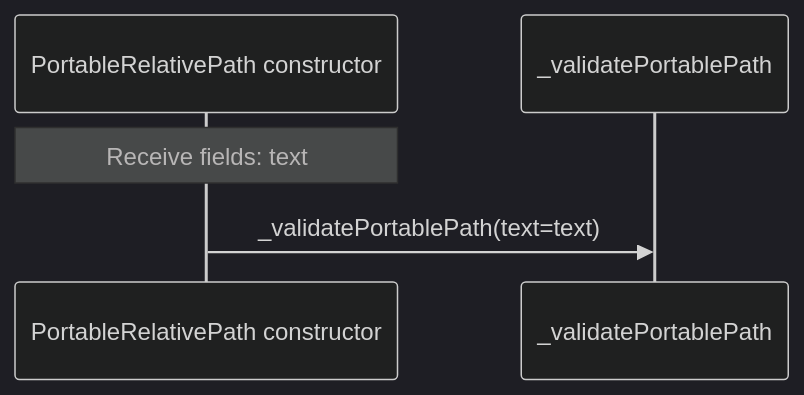
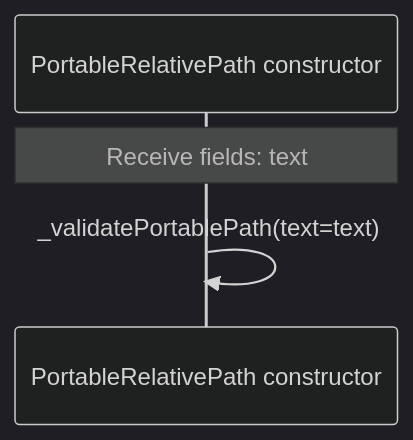
The second of 7 diagrams in src/stdlib/values/paths.aug.diagrams.md (GreenPandaStudios/augscript), drawn with Mermaid (dark theme) before and after one commit. The commit also changed other lines of this file and 304 other files, not shown here.

Commit message:
Make generated data-flow sequences concise and review every diagram

````diff
--- a/src/stdlib/values/paths.aug.diagrams.md
+++ b/src/stdlib/values/paths.aug.diagrams.md
@@ -58,7 +34,7 @@
 ```mermaid
 sequenceDiagram
     participant p0 as PortableRelativePath constructor
-    participant p1 as _validatePortablePath
+
     Note over p0: Receive fields: text
-    p0->>p1: _validatePortablePath(text=text)
+    p0->>p0: _validatePortablePath(text=text)
 ```
````
